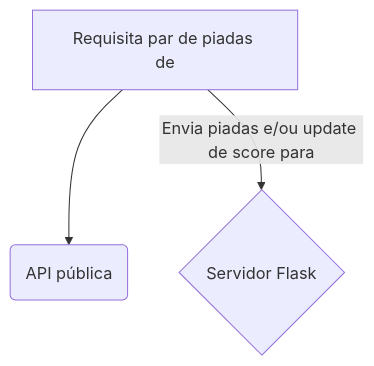
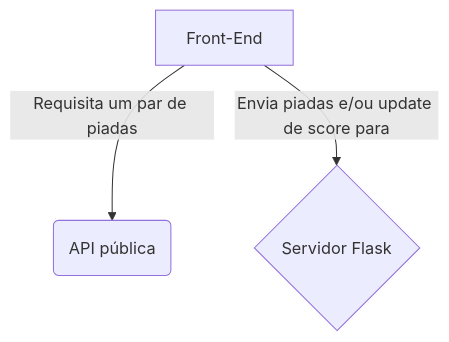
One commit to ribeiroAllison/JOKE-BATTLE-FRONT changed the diagram in README.md. Above: the diagram before and after it, drawn with Mermaid.

Commit message:
readme update

````diff
--- a/README.md
+++ b/README.md
@@ -23,11 +23,11 @@
 ```mermaid
 
 graph TD
 
-A[Requisita par de piadas de ] --> B(API pública) 
+A[Front-End ] -- Requisita um par de piadas --> B(API pública) 
 
 A -- Envia piadas e/ou update de score para -->C{Servidor Flask} 
 
 
 
 ```
````
